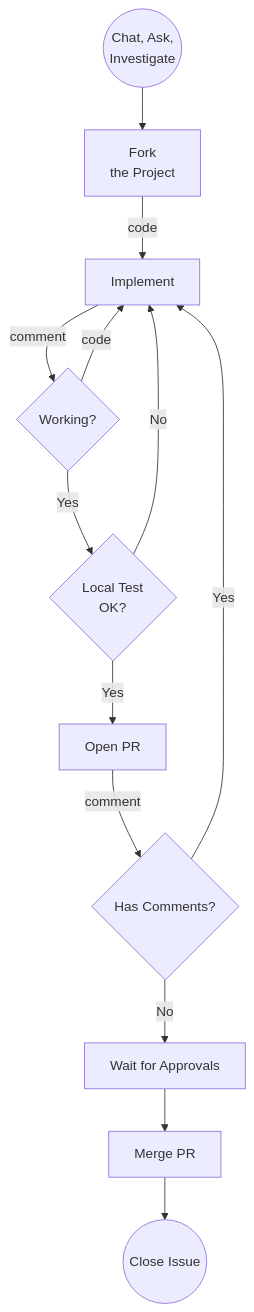
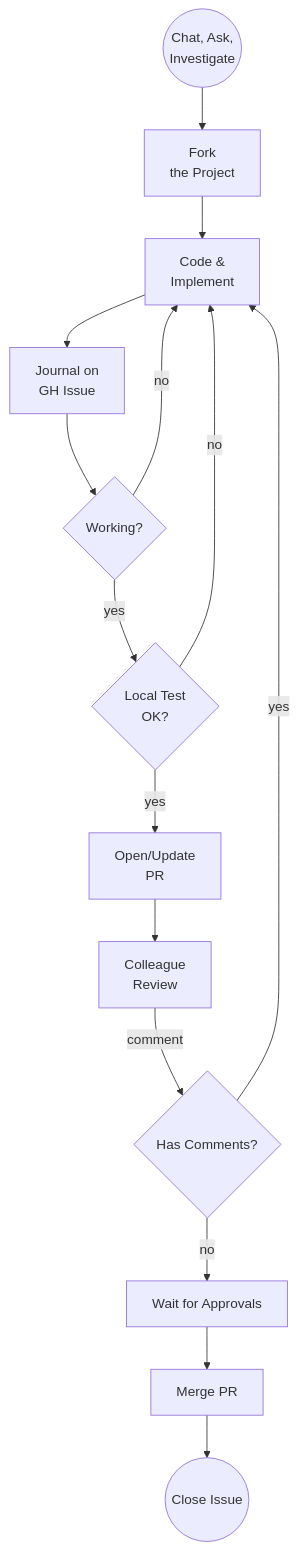
One commit to pokt-network/pocket changed the first of 2 diagrams in docs/contributing/contribution/development.md. Above: the diagram before and after it, drawn with Mermaid. The commit also changed 4 other files, not shown here.

````diff
--- a/docs/contributing/contribution/development.md
+++ b/docs/contributing/contribution/development.md
@@ -3,15 +3,30 @@
 ```mermaid
 flowchart TD
-  check((Chat, Ask,<br>Investigate)) --> fork[Fork<br>the Project]
-  fork --> |code| code[Implement]
-  code --> |comment| done{Working?}
-  done --> |code| code
-  done --> |Yes| test{Local Test<br>OK?}
-	test --> |No| code
-  test --> |Yes| pr[Open PR]
-  pr --> |comment| comment{Has Comments?}
-  comment --> |Yes| code
-  comment --> |No| approved[Wait for Approvals]
-  approved --> merge[Merge PR]
-  merge --> close((Close Issue))
+  check((Chat, Ask,<br>Investigate))
+  fork[Fork<br>the Project]
+  code[Code &<br>Implement]
+	journal[Journal on<br>GH Issue]
+  done{Working?}
+  test{Local Test<br>OK?}
+  pr[Open/Update<br>PR]
+	review[Colleague<br>Review]
+  comment{Has Comments?}
+  approved[Wait for Approvals]
+  merge[Merge PR]
+  close((Close Issue))
+
+  check --> fork
+  fork --> code
+	code --> journal
+  journal --> done
+  done --> |no| code
+  done --> |yes| test
+	test --> |no| code
+  test --> |yes| pr
+  pr --> review
+	review --> |comment| comment
+  comment --> |yes| code
+  comment --> |no| approved
+  approved --> merge
+  merge --> close
 ```
````
